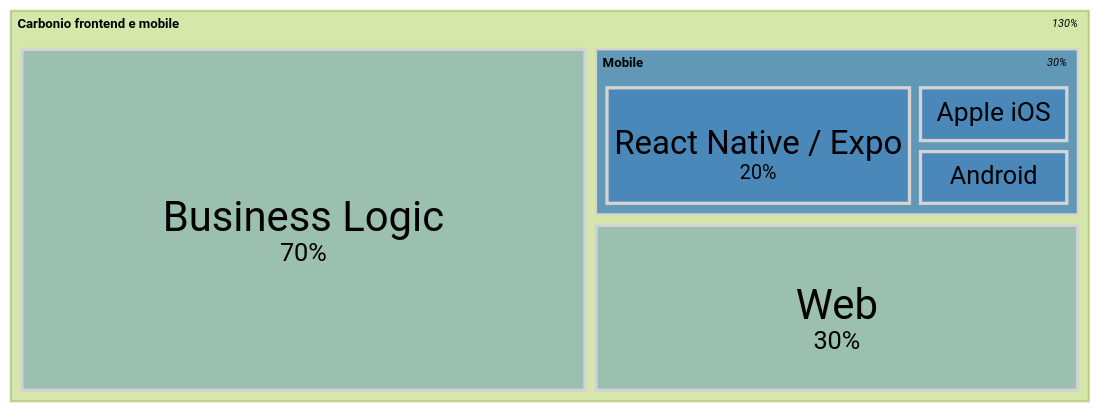
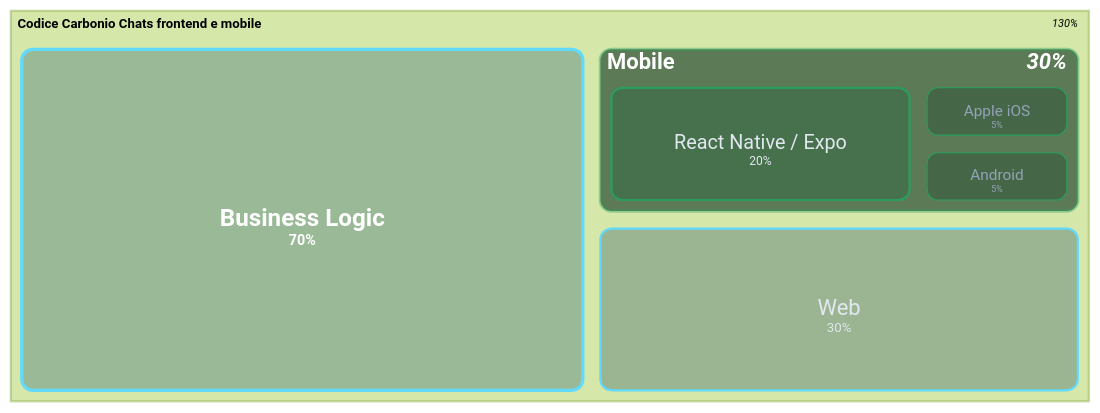
Before and after one commit to lisaparma/Chats-React-Native-slides: the diagram in pages/2-react-native.md, drawn with Mermaid (forest theme). The commit also changed other lines of this file and 7 other files, not shown here.

````diff
--- a/pages/2-react-native.md
+++ b/pages/2-react-native.md
@@ -21,21 +19,25 @@
 ```mermaid
 ---
 config:
   treemap:
     valueFormat: '.0%'
     showValues: true
+    padding: 16
+    headerHeight: 36
 ---
 
 treemap-beta
-"Carbonio frontend e mobile"
-    "Business Logic": 0.70:::clients
-    "Web": 0.30:::clients
-    "Mobile":::mobile
-        "React Native / Expo": 0.20:::clients
-        "Apple iOS": 0.05:::clients
-        "Android": 0.05:::clients
+"Codice Carbonio Chats frontend e mobile"
+    "Business Logic": 0.70:::shared
+    "Web": 0.30:::web
+    "Mobile":::mobileGroup
+        "React Native / Expo": 0.20:::rn
+        "Apple iOS": 0.05:::native
+        "Android": 0.05:::native
 
-classDef clients fill:#1565c0, stroke:lightgrey;
-classDef bl stroke:lightgrey;
-classDef mobile fill:#1565c0, stroke:lightgrey,stroke-opacity:1;
+classDef shared fill:#0e4d6e,stroke:#61dafb,stroke-width:3px,color:#ffffff,font-size:22px,font-weight:bold,rx:10,ry:10;
+classDef web fill:#163d5c,stroke:#61dafb,stroke-width:2px,color:#e2e8f0,font-size:20px,rx:10,ry:10;
+classDef mobileGroup fill:#0d3320,stroke:#2a9d5c,stroke-width:3px,color:#ffffff,font-size:20px,font-weight:bold,rx:10,ry:10;
+classDef rn fill:#1a5c38,stroke:#2a9d5c,stroke-width:2px,color:#e2e8f0,font-size:18px,rx:10,ry:10;
+classDef native fill:#133d27,stroke:#2a9d5c,stroke-width:1px,color:#94a3b8,font-size:14px,rx:10,ry:10;
 ```
````
